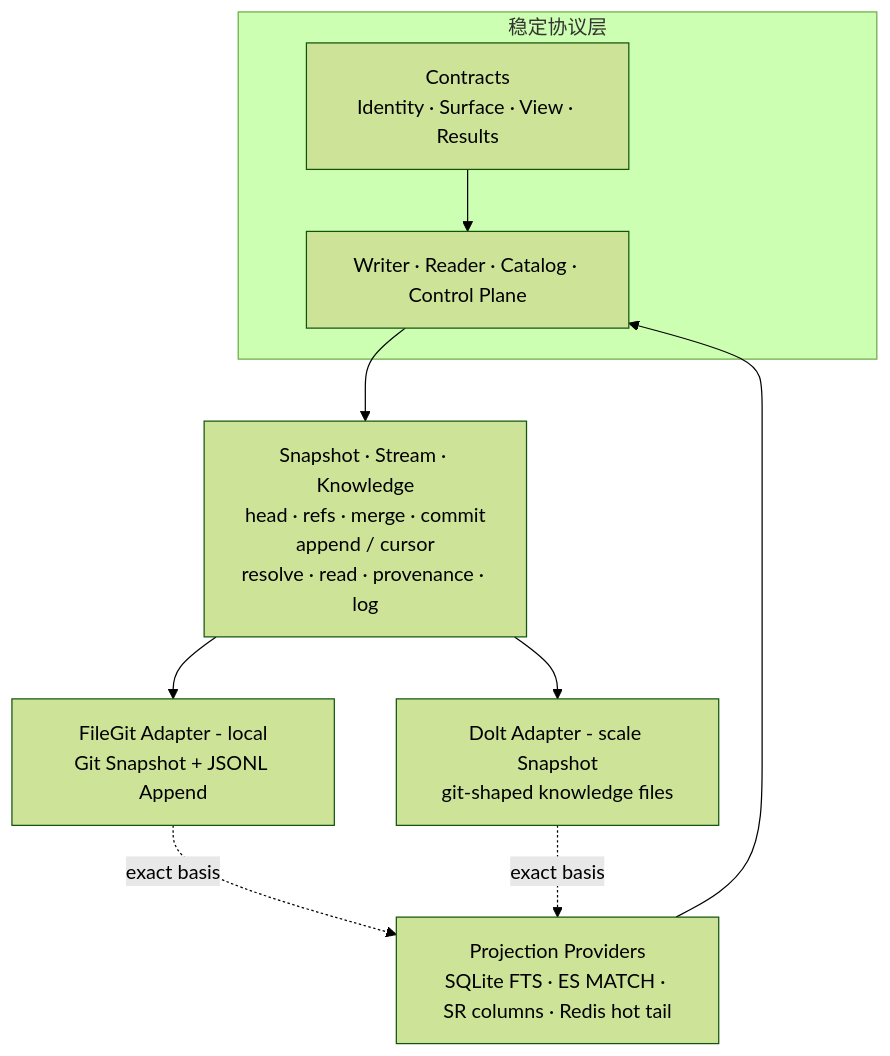
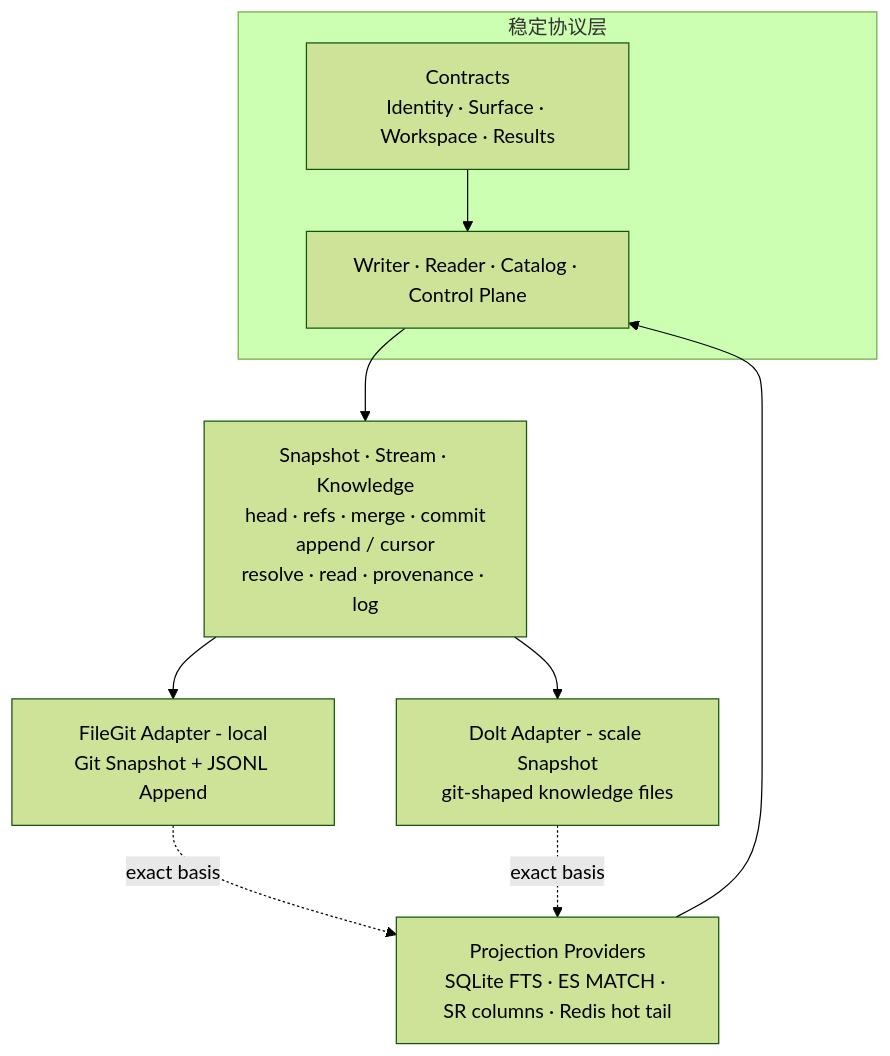
The fourth of 17 diagrams in docs/KNOWLEDGE_CATALOG_DESIGN.md (AlexKaiqi/knowledge-catalog), drawn with Mermaid (forest theme) before and after one commit. The commit also changed other lines of this file and 183 other files, not shown here.

````diff
--- a/docs/KNOWLEDGE_CATALOG_DESIGN.md
+++ b/docs/KNOWLEDGE_CATALOG_DESIGN.md
@@ -378,26 +379,26 @@
 ```mermaid
 %% diagram:protocol-adapter-boundary
 flowchart TB
   subgraph Protocol[稳定协议层]
-    C[Contracts<br/>Identity · Surface · View · Results]
+    C[Contracts<br/>Identity · Surface · Workspace · Results]
     API[Writer · Reader · Catalog · Control Plane]
   end
 
   RI[Snapshot · Stream · Knowledge
 head · refs · merge · commit
 append / cursor
 resolve · read · provenance · log]
   FG[FileGit Adapter - local
 Git Snapshot + JSONL Append]
   DO[Dolt Adapter - scale Snapshot
 git-shaped knowledge files]
   PX[Projection Providers
 SQLite FTS · ES MATCH · SR columns · Redis hot tail]
 
   C --> API --> RI
   RI --> FG
   RI --> DO
   FG -. exact basis .-> PX
   DO -. exact basis .-> PX
   PX --> API
 ```
````
